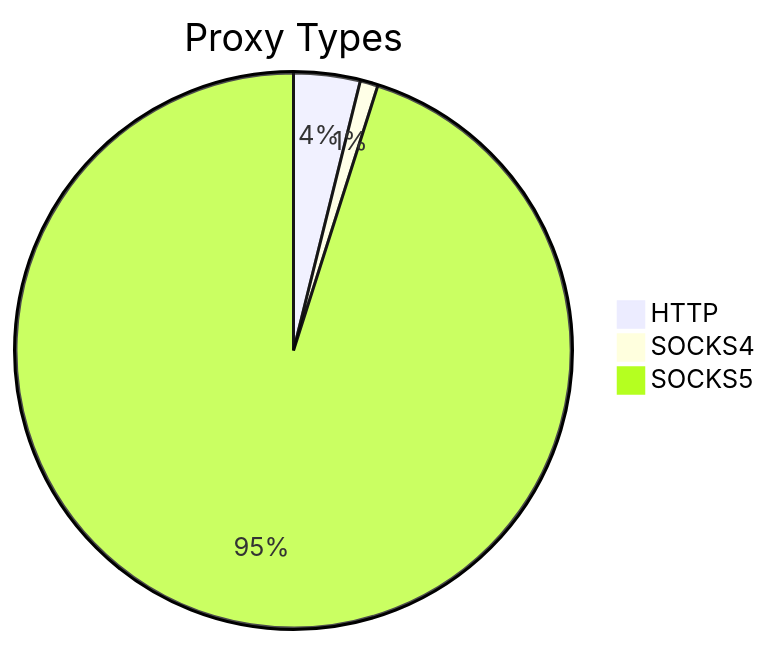
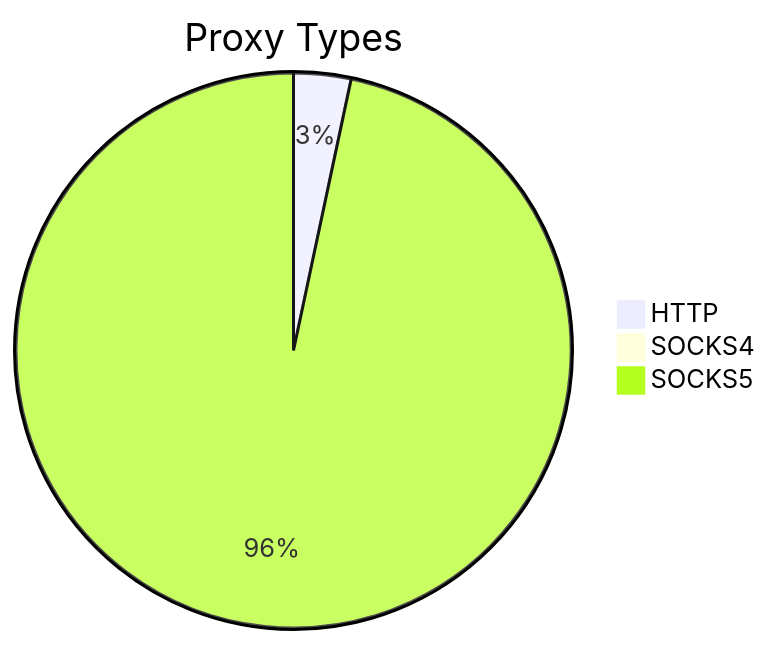
One commit to stormsia/proxy-list changed the first of 2 diagrams in README.md. Above: the diagram before and after it, drawn with Mermaid. The commit also changed other lines of this file, not shown here.

````diff
--- a/README.md
+++ b/README.md
@@ -21,6 +21,6 @@
 ```mermaid
 pie title Proxy Types
-    "HTTP" : 250
-    "SOCKS4" : 67
-    "SOCKS5" : 6143
+    "HTTP" : 159
+    "SOCKS4" : 28
+    "SOCKS5" : 4611
 ```
````
